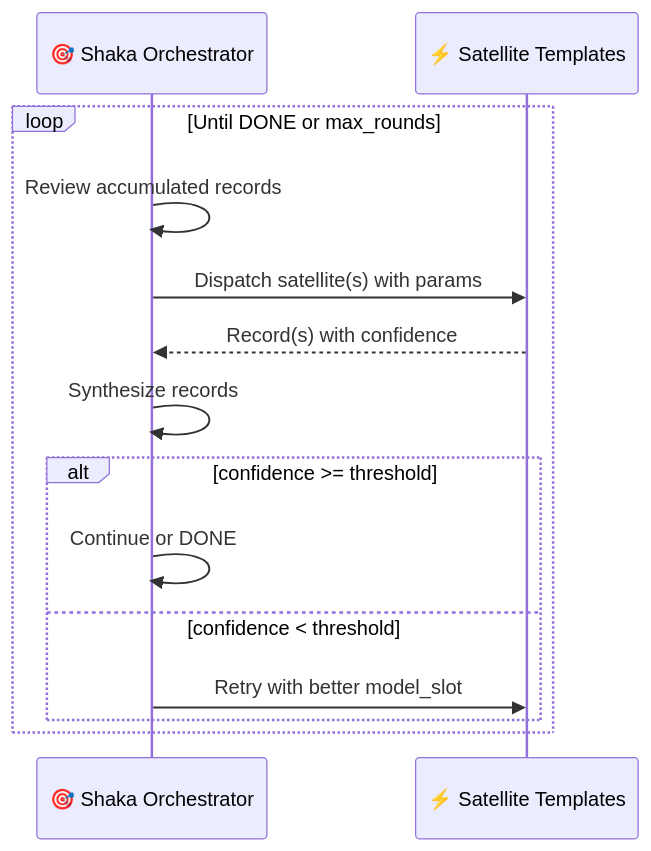
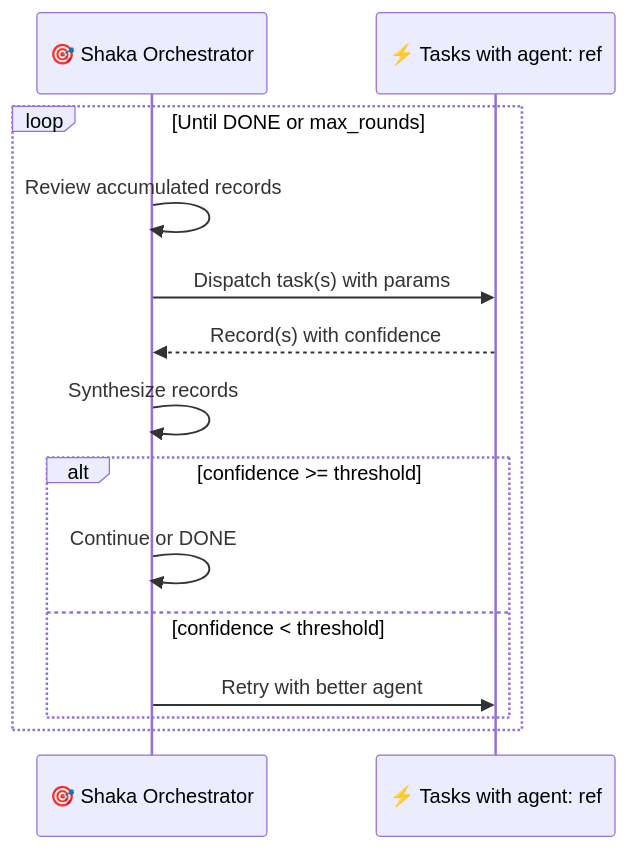
The fifth of 8 diagrams in docs/vision/07-slate-deep-integration.md (supernovae-st/nika), drawn with Mermaid before and after one commit. The commit also changed other lines of this file and 8 other files, not shown here.

````diff
--- a/docs/vision/07-slate-deep-integration.md
+++ b/docs/vision/07-slate-deep-integration.md
@@ -227,17 +231,17 @@
 ```mermaid
 sequenceDiagram
     participant S as 🎯 Shaka Orchestrator
-    participant T as ⚡ Satellite Templates
+    participant T as ⚡ Tasks with agent: ref
 
     loop Until DONE or max_rounds
         S->>S: Review accumulated records
-        S->>T: Dispatch satellite(s) with params
+        S->>T: Dispatch task(s) with params
         T-->>S: Record(s) with confidence
         S->>S: Synthesize records
         alt confidence >= threshold
             S->>S: Continue or DONE
         else confidence < threshold
-            S->>T: Retry with better model_slot
+            S->>T: Retry with better agent
         end
     end
 ```
````
